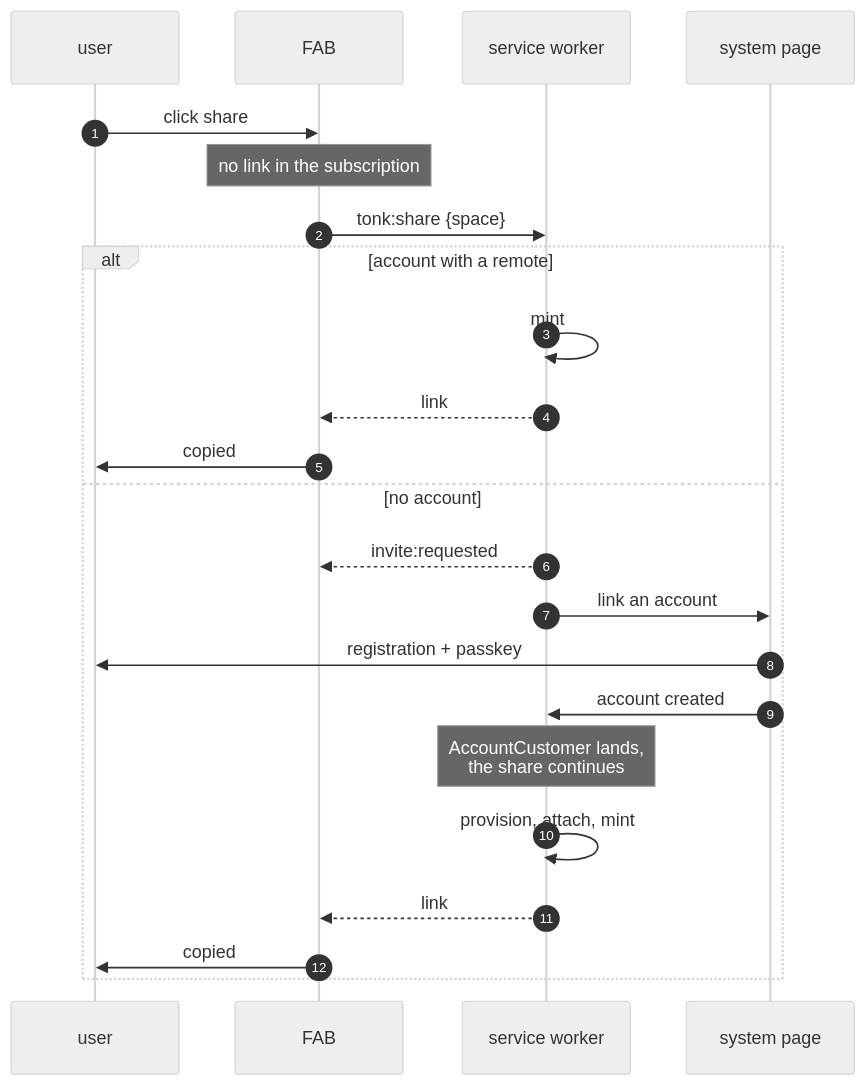
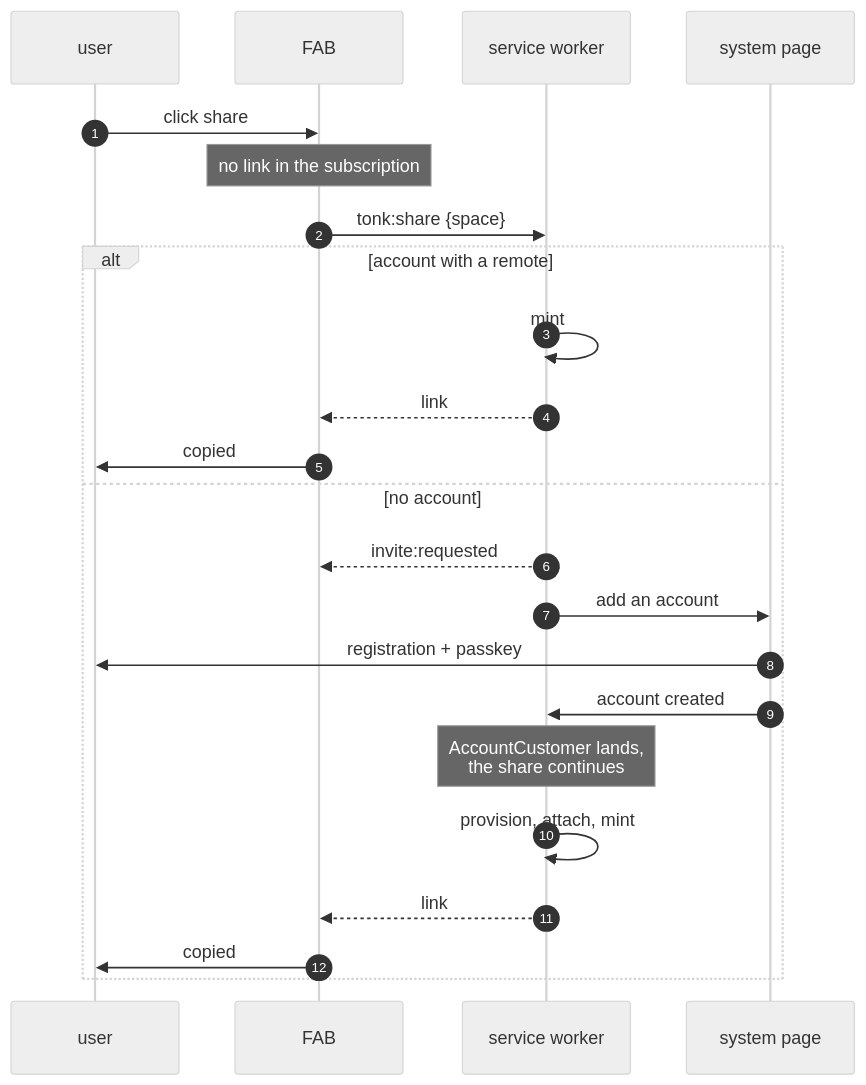
The diagram in plan/share-intent.md (tonk-labs/tonk), drawn with Mermaid (neutral theme) before and after one commit. The commit also changed 19 other files, not shown here.

````diff
--- a/plan/share-intent.md
+++ b/plan/share-intent.md
@@ -166,27 +166,27 @@
 ```mermaid
 sequenceDiagram
     autonumber
     participant U as user
     participant FAB as FAB
     participant SW as service worker
     participant SP as system page
 
     U->>FAB: click share
     Note over FAB: no link in the subscription
     FAB->>SW: tonk:share {space}
 
     alt account with a remote
         SW->>SW: mint
         SW-->>FAB: link
         FAB->>U: copied
     else no account
         SW-->>FAB: invite:requested
-        SW->>SP: link an account
+        SW->>SP: add an account
         SP->>U: registration + passkey
         SP->>SW: account created
         Note over SW: AccountCustomer lands,<br/>the share continues
         SW->>SW: provision, attach, mint
         SW-->>FAB: link
         FAB->>U: copied
     end
 ```
````
